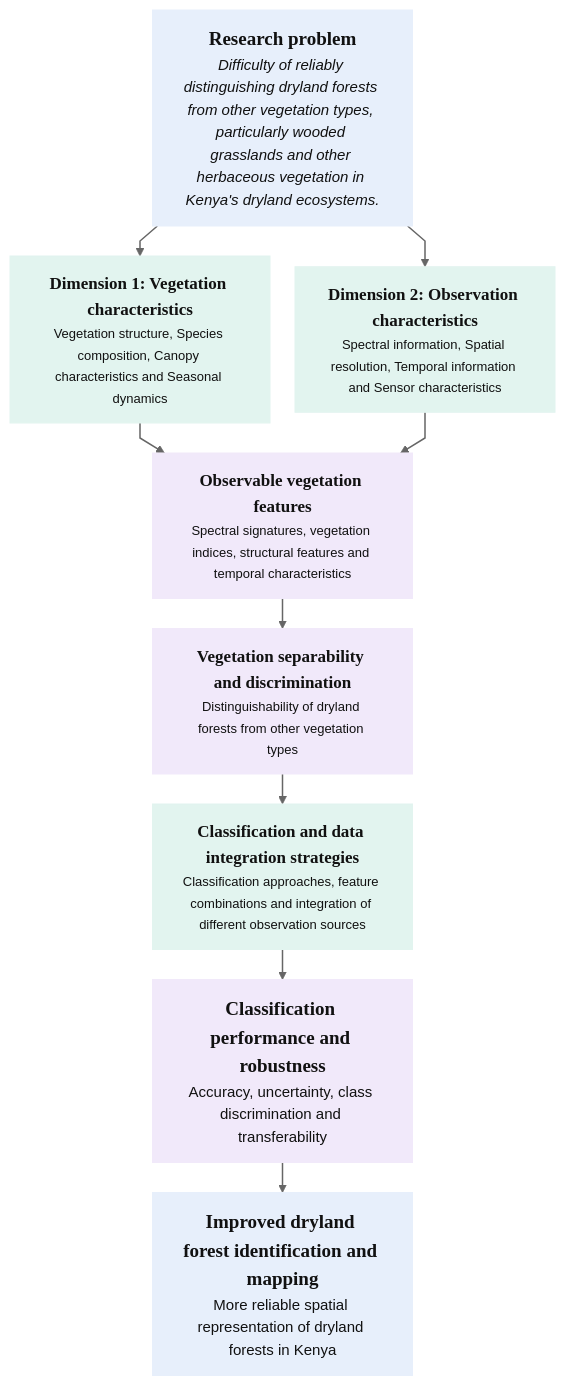
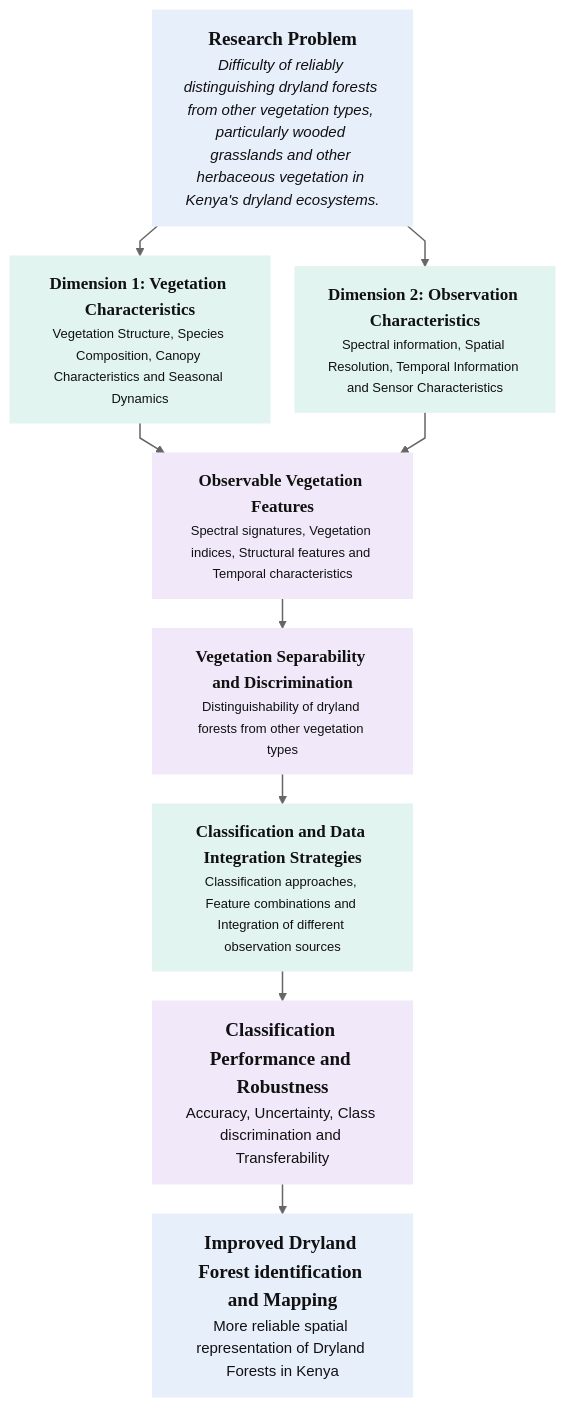
The diagram in Research Concept.md (Merceline10/My-First_Ever), drawn with Mermaid before and after one commit.

Commit message:
Update Research Concept.md

````diff
--- a/Research Concept.md
+++ b/Research Concept.md
@@ -4,55 +4,55 @@
 ```mermaid
 %%{init: {
   "theme": "base",
   "themeVariables": {
     "fontFamily": "Arial, sans-serif",
     "fontSize": "14px",
     "lineColor": "#666666"
   },
   "flowchart": {
     "htmlLabels": true,
     "curve": "linear",
     "nodeSpacing": 25,
     "rankSpacing": 30
   }
 }}%%
 
 flowchart TB
 
-    A["<span style='font-family:Georgia,serif;font-size:19px;font-weight:bold'>Research problem</span><br/><span style='font-family:Arial,sans-serif;font-size:15px;font-style:italic'>Difficulty of reliably distinguishing dryland forests from other vegetation types, particularly wooded grasslands and other herbaceous vegetation in Kenya's dryland ecosystems.</span>"]
+    A["<span style='font-family:Georgia,serif;font-size:19px;font-weight:bold'>Research Problem</span><br/><span style='font-family:Arial,sans-serif;font-size:15px;font-style:italic'>Difficulty of reliably distinguishing dryland forests from other vegetation types, particularly wooded grasslands and other herbaceous vegetation in Kenya's dryland ecosystems.</span>"]
 
-    B["<span style='font-family:Georgia,serif;font-size:17px;font-weight:bold'>Dimension 1: Vegetation characteristics</span><br/><span style='font-family:Arial,sans-serif;font-size:13px'>Vegetation structure, Species composition, Canopy characteristics and Seasonal dynamics</span>"]
+    B["<span style='font-family:Georgia,serif;font-size:17px;font-weight:bold'>Dimension 1: Vegetation Characteristics</span><br/><span style='font-family:Arial,sans-serif;font-size:13px'>Vegetation Structure, Species Composition, Canopy Characteristics and Seasonal Dynamics</span>"]
 
-    C["<span style='font-family:Georgia,serif;font-size:17px;font-weight:bold'>Dimension 2: Observation characteristics</span><br/><span style='font-family:Arial,sans-serif;font-size:13px'>Spectral information, Spatial resolution, Temporal information and Sensor characteristics</span>"]
+    C["<span style='font-family:Georgia,serif;font-size:17px;font-weight:bold'>Dimension 2: Observation Characteristics</span><br/><span style='font-family:Arial,sans-serif;font-size:13px'>Spectral information, Spatial Resolution, Temporal Information and Sensor Characteristics</span>"]
 
-    D["<span style='font-family:Georgia,serif;font-size:17px;font-weight:bold'>Observable vegetation features</span><br/><span style='font-family:Arial,sans-serif;font-size:13px'>Spectral signatures, vegetation indices, structural features and temporal characteristics</span>"]
+    D["<span style='font-family:Georgia,serif;font-size:17px;font-weight:bold'>Observable Vegetation Features</span><br/><span style='font-family:Arial,sans-serif;font-size:13px'>Spectral signatures, Vegetation indices, Structural features and Temporal characteristics</span>"]
 
-    E["<span style='font-family:Georgia,serif;font-size:17px;font-weight:bold'>Vegetation separability and discrimination</span><br/><span style='font-family:Arial,sans-serif;font-size:13px'>Distinguishability of dryland forests from other vegetation types</span>"]
+    E["<span style='font-family:Georgia,serif;font-size:17px;font-weight:bold'>Vegetation Separability and Discrimination</span><br/><span style='font-family:Arial,sans-serif;font-size:13px'>Distinguishability of dryland forests from other vegetation types</span>"]
 
-    F["<span style='font-family:Georgia,serif;font-size:17px;font-weight:bold'>Classification and data integration strategies</span><br/><span style='font-family:Arial,sans-serif;font-size:13px'>Classification approaches, feature combinations and integration of different observation sources</span>"]
+    F["<span style='font-family:Georgia,serif;font-size:17px;font-weight:bold'>Classification and Data Integration Strategies</span><br/><span style='font-family:Arial,sans-serif;font-size:13px'>Classification approaches, Feature combinations and Integration of different observation sources</span>"]
 
-    G["<span style='font-family:Georgia,serif;font-size:19px;font-weight:bold'>Classification performance and robustness</span><br/><span style='font-family:Arial,sans-serif;font-size:15px'>Accuracy, uncertainty, class discrimination and transferability</span>"]
+    G["<span style='font-family:Georgia,serif;font-size:19px;font-weight:bold'>Classification Performance and Robustness</span><br/><span style='font-family:Arial,sans-serif;font-size:15px'>Accuracy, Uncertainty, Class discrimination and Transferability</span>"]
 
-    H["<span style='font-family:Georgia,serif;font-size:19px;font-weight:bold'>Improved dryland forest identification and mapping</span><br/><span style='font-family:Arial,sans-serif;font-size:15px'>More reliable spatial representation of dryland forests in Kenya</span>"]
+    H["<span style='font-family:Georgia,serif;font-size:19px;font-weight:bold'>Improved Dryland Forest identification and Mapping</span><br/><span style='font-family:Arial,sans-serif;font-size:15px'>More reliable spatial representation of Dryland Forests in Kenya</span>"]
 
     A --> B
     A --> C
     B --> D
     C --> D
     D --> E
     E --> F
     F --> G
     G --> H
 
     classDef blue fill:#E7EFFB,stroke:#E7EFFB,color:#111111,stroke-width:1px;
     classDef green fill:#E2F4EF,stroke:#E2F4EF,color:#111111,stroke-width:1px;
     classDef purple fill:#F1E9FA,stroke:#F1E9FA,color:#111111,stroke-width:1px;
 
     class A,G blue;
     class B,C,F green;
     class D,E,G purple;
     class H blue;
 
     linkStyle default stroke:#666666,stroke-width:1.5px;
 
 ```
````
